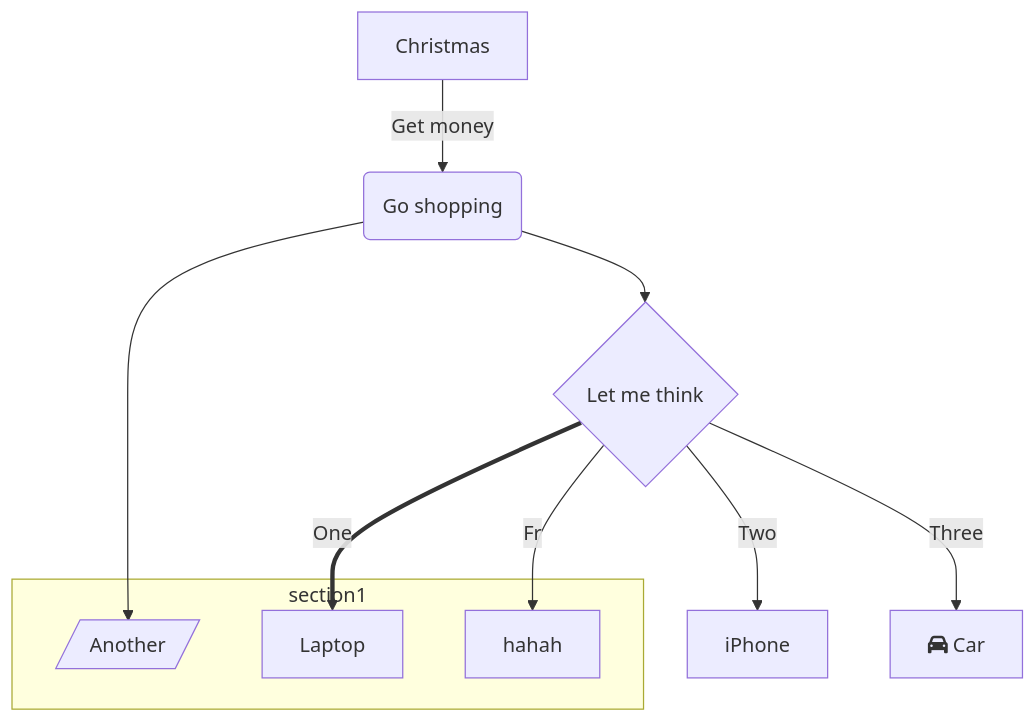
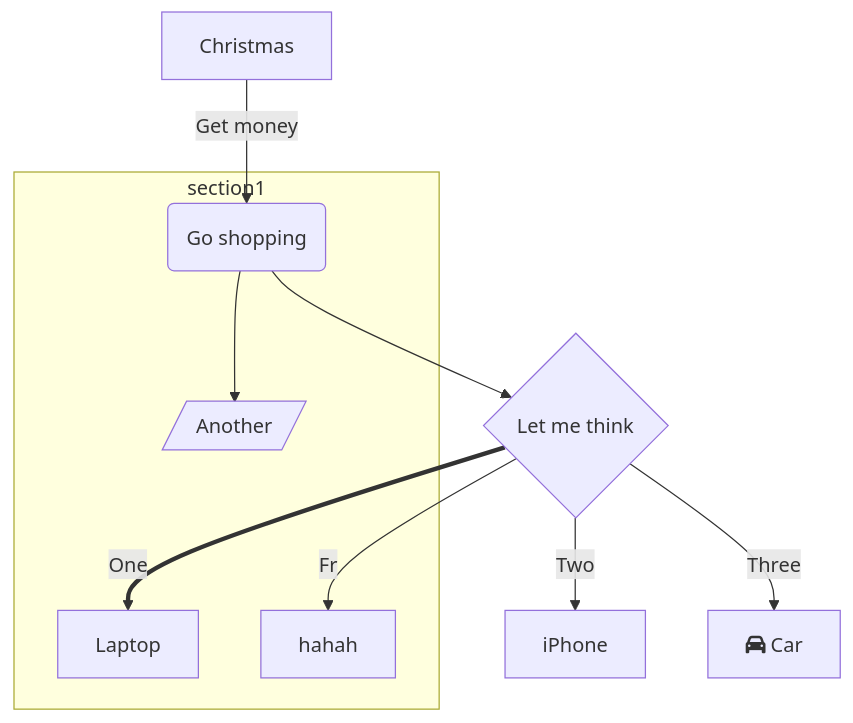
One commit to taontech/www changed the tenth of 10 diagrams in taon.top/content/post/even-Chroma-conflict-Mermaid.md. Above: the diagram before and after it, drawn with Mermaid. The commit also changed 4 other files, not shown here.

Commit message:
custem theme of mermaid

````diff
--- a/taon.top/content/post/even-Chroma-conflict-Mermaid.md
+++ b/taon.top/content/post/even-Chroma-conflict-Mermaid.md
@@ -136,17 +136,17 @@
 ``` mermaid
 graph TD
     A[Christmas] -->|Get money| B(Go shopping)
     B --> C{Let me think}
     B --> G[/Another/]
     C ==>|One| D[Laptop]
     C -->|Two| E[iPhone]
     C -->|Three| F[fa:fa-car Car]
     C -->|Fr| H[hahah]
     subgraph section1
-    
+    B
     H
     D
     G
     
     end
 ```
````
